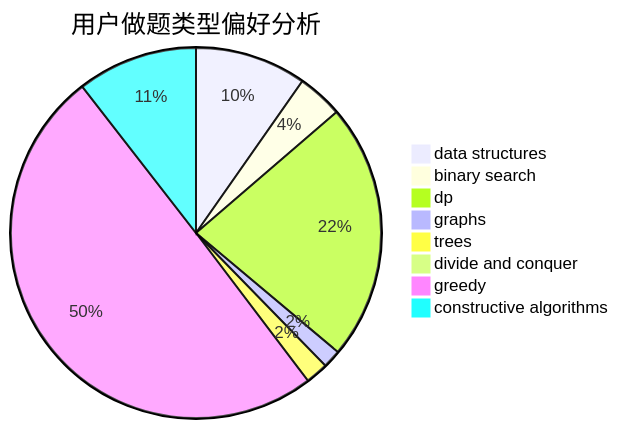
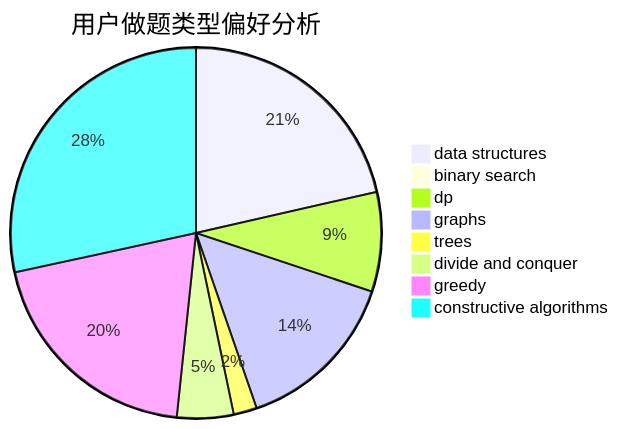
The second of 3 diagrams in docs/user/u340.md (sherpahu/cfrs.github.io), drawn with Mermaid before and after one commit. The commit also changed other lines of this file and 2770 other files, not shown here.

````diff
--- a/docs/user/u340.md
+++ b/docs/user/u340.md
@@ -23,11 +23,11 @@
 ```mermaid
 pie title 用户做题类型偏好分析
-    "data structures" :  49
-    "binary search" :  20
-    "dp" :  113
-    "graphs" :  8
-    "trees" :  10
-    "divide and conquer" :  0
-    "greedy" :  251
-    "constructive algorithms" :  53
+    "data structures" :  200
+    "binary search" :  8
+    "dp" :  81
+    "graphs" :  136
+    "trees" :  19
+    "divide and conquer" :  46
+    "greedy" :  186
+    "constructive algorithms" :  265
 ```
````
